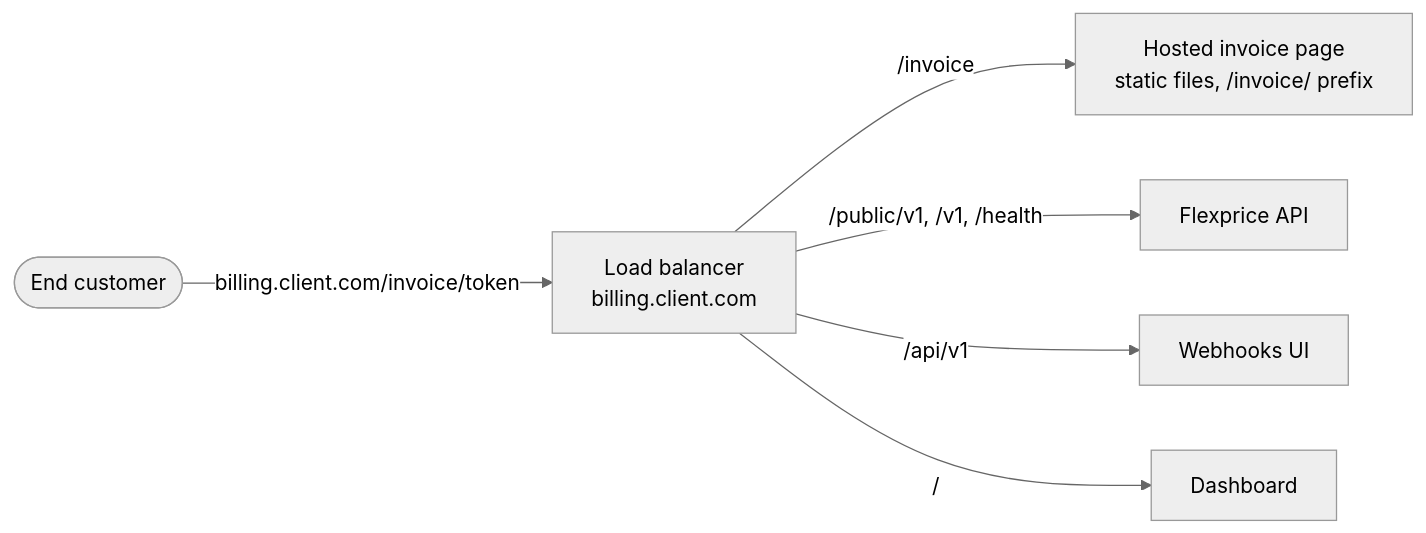
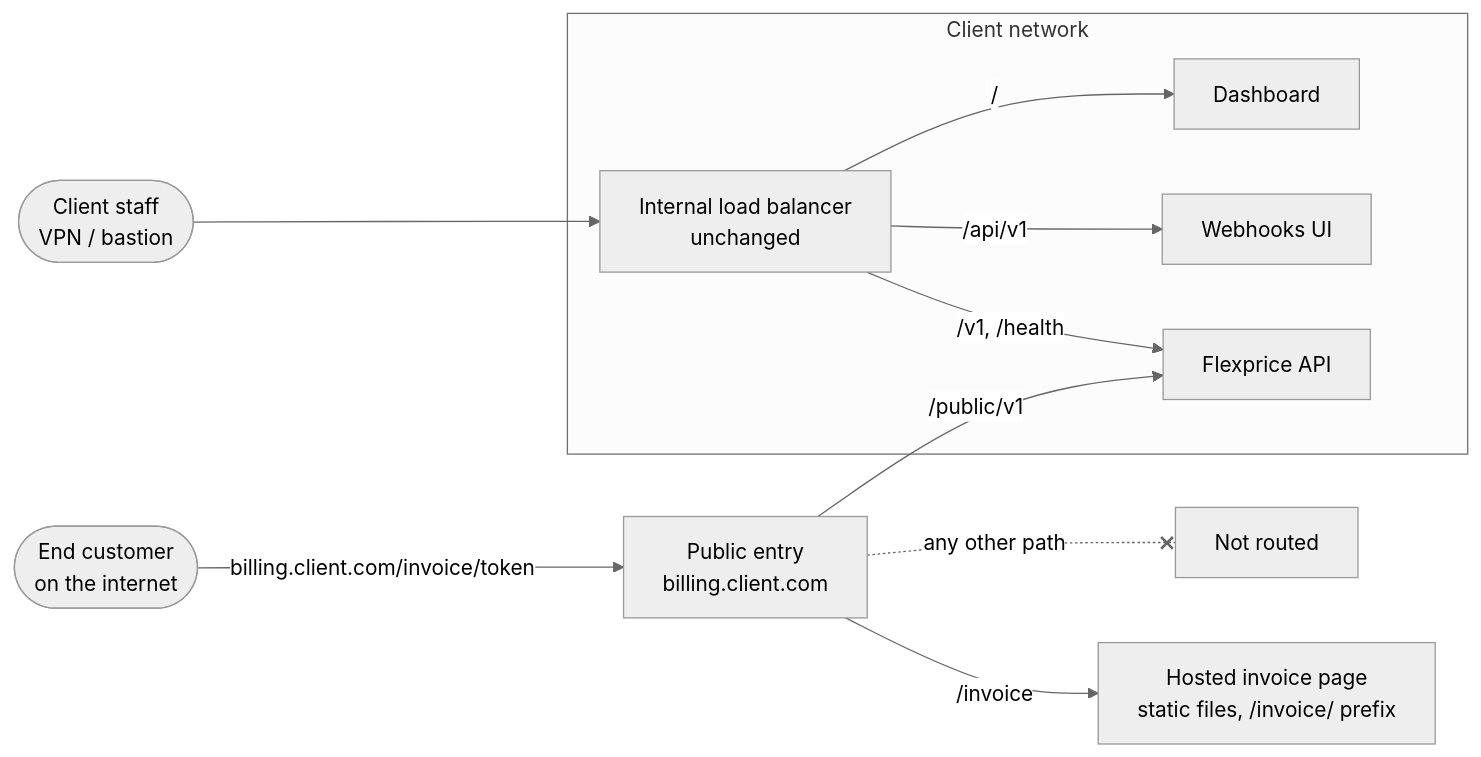
Before and after one commit to flexprice/flexprice: the second of 3 diagrams in docs/design/2026-10-20-hosted-invoice-byoc-setup.md, drawn with Mermaid (neutral theme). The commit also changed other lines of this file and 1 other file, not shown here.

Commit message:
docs: hosted invoice BYOC exposes only /invoice and /public/v1 publicly

````diff
--- a/docs/design/2026-10-20-hosted-invoice-byoc-setup.md
+++ b/docs/design/2026-10-20-hosted-invoice-byoc-setup.md
@@ -31,8 +31,14 @@
 ```mermaid
 flowchart LR
-  Cust([End customer]) -->|billing.client.com/invoice/token| LB[Load balancer<br/>billing.client.com]
-  LB -->|/invoice| P[Hosted invoice page<br/>static files, /invoice/ prefix]
-  LB -->|/public/v1, /v1, /health| API[Flexprice API]
-  LB -->|/api/v1| SVIX[Webhooks UI]
-  LB -->|/| UI[Dashboard]
+  Cust([End customer<br/>on the internet]) -->|billing.client.com/invoice/token| PUB[Public entry<br/>billing.client.com]
+  PUB -->|/invoice| P[Hosted invoice page<br/>static files, /invoice/ prefix]
+  PUB -->|/public/v1| API[Flexprice API]
+  PUB -. any other path .-x X[Not routed]
+  subgraph VPC[Client network]
+    LB[Internal load balancer<br/>unchanged]
+    LB -->|/v1, /health| API
+    LB -->|/api/v1| SVIX[Webhooks UI]
+    LB -->|/| UI[Dashboard]
+  end
+  Staff([Client staff<br/>VPN / bastion]) --> LB
 ```
````
